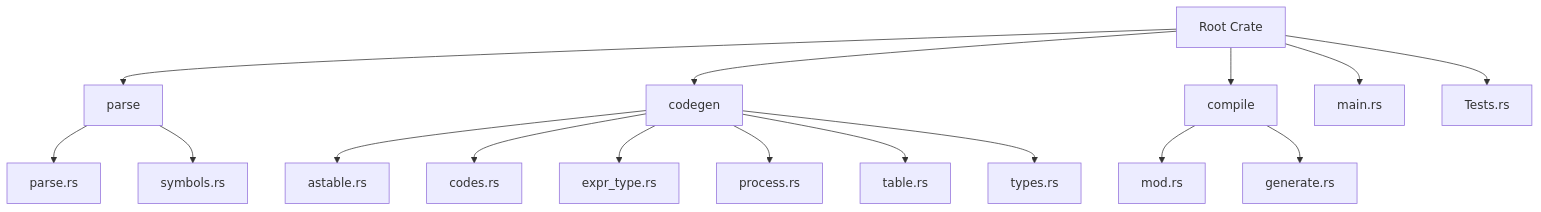
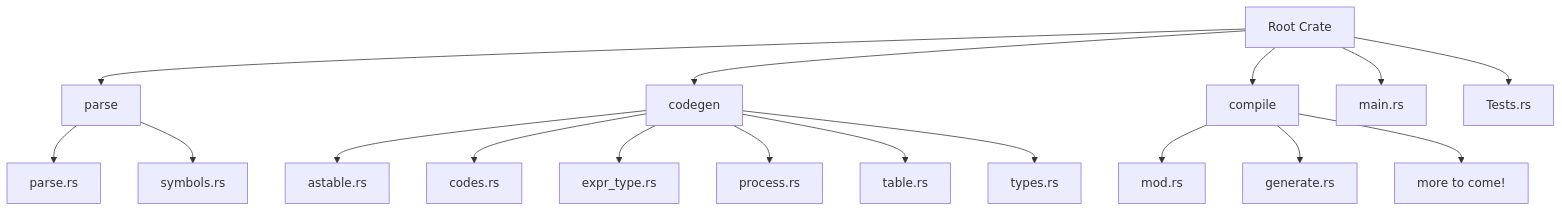
The first of 2 diagrams in src/presentation.qmd (tnichols217/trevorscripten-presentation), drawn with Mermaid before and after one commit. The commit also changed other lines of this file and 3 other files, not shown here.

````diff
--- a/src/presentation.qmd
+++ b/src/presentation.qmd
@@ -17,25 +17,26 @@
 ```{mermaid}
 graph TD
     A["Root Crate"]
     A --> B[parse]
     A --> C[codegen]
     A --> D[compile]
     A --> E[main.rs]
     A --> G[Tests.rs]
 
     %% parse
     B --> B2["parse.rs"]
     B --> B3["symbols.rs"]
 
     %% codegen
     C --> C2["astable.rs"]
     C --> C3["codes.rs"]
     C --> C4["expr_type.rs"]
     C --> C5["process.rs"]
     C --> C6["table.rs"]
     C --> C7["types.rs"]
 
     %% compile
     D --> D1["mod.rs"]
     D --> D2["generate.rs"]
+    D --> D3["more to come!"]
 ```
````
